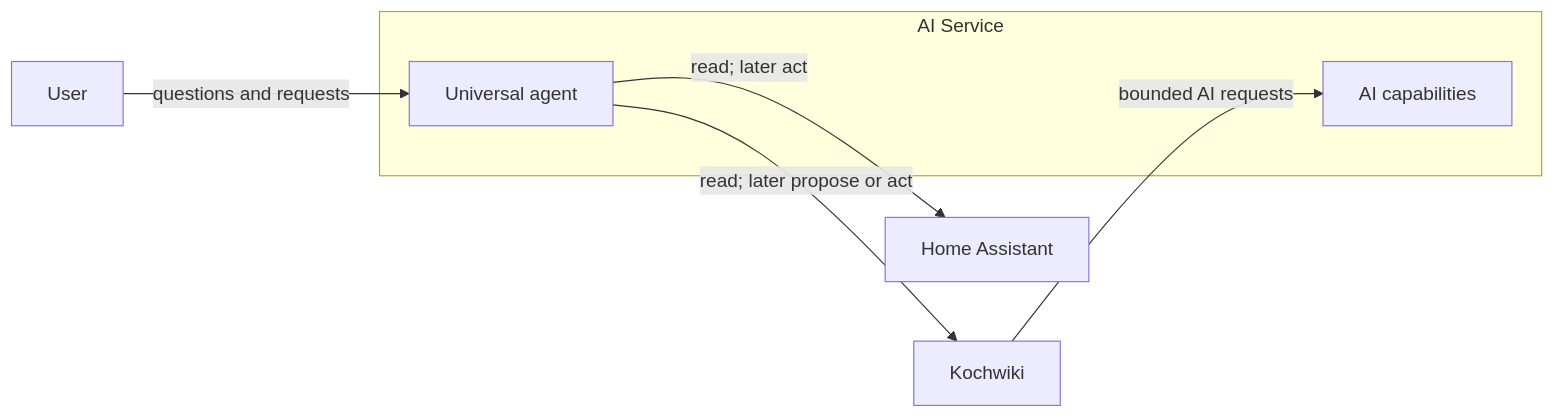
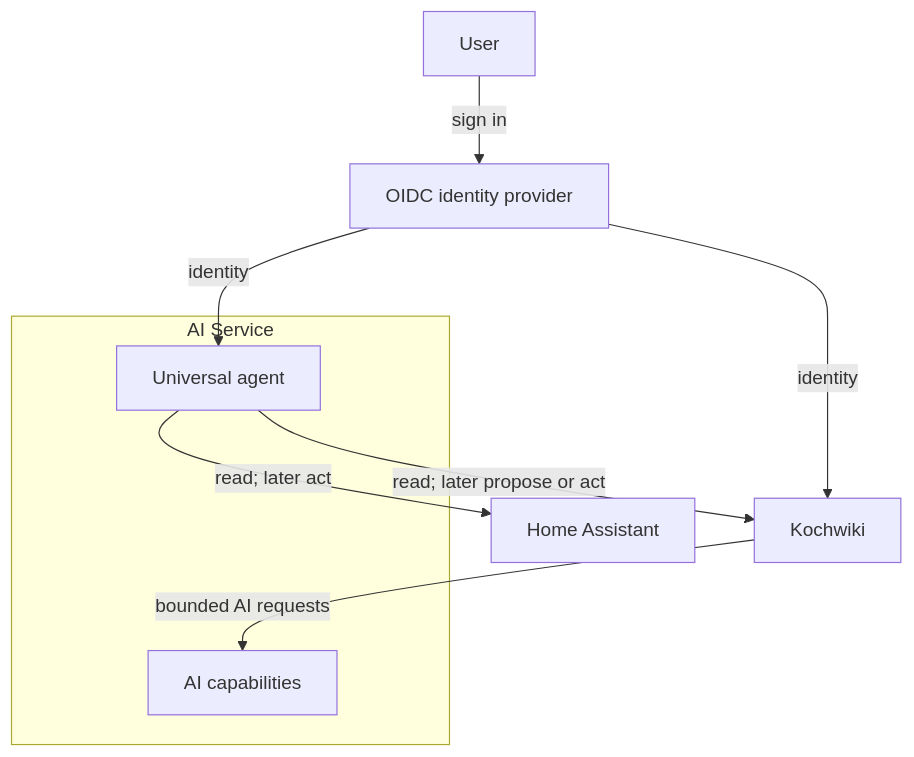
The diagram in Architecture/System Overview.md (roithme0/plan), drawn with Mermaid before and after one commit. The commit also changed other lines of this file and 6 other files, not shown here.

````diff
--- a/Architecture/System Overview.md
+++ b/Architecture/System Overview.md
@@ -19,16 +21,15 @@
 ```mermaid
-flowchart LR
-    User[User]
-    Kochwiki[Kochwiki]
-    HA[Home Assistant]
+flowchart TB
+    User[User] -->|sign in| IdP[OIDC identity provider]
+    IdP -->|identity| Kochwiki[Kochwiki]
+    IdP -->|identity| Agent[Universal agent]
+
+    Kochwiki -->|bounded AI requests| Capabilities[AI capabilities]
+    Agent -->|read; later propose or act| Kochwiki
+    Agent -->|read; later act| HA[Home Assistant]
 
     subgraph AIS[AI Service]
-        Capabilities[AI capabilities]
-        Agent[Universal agent]
+        Capabilities
+        Agent
     end
-
-    Kochwiki -->|bounded AI requests| Capabilities
-    User -->|questions and requests| Agent
-    Agent -->|read; later propose or act| Kochwiki
-    Agent -->|read; later act| HA
 ```
````
